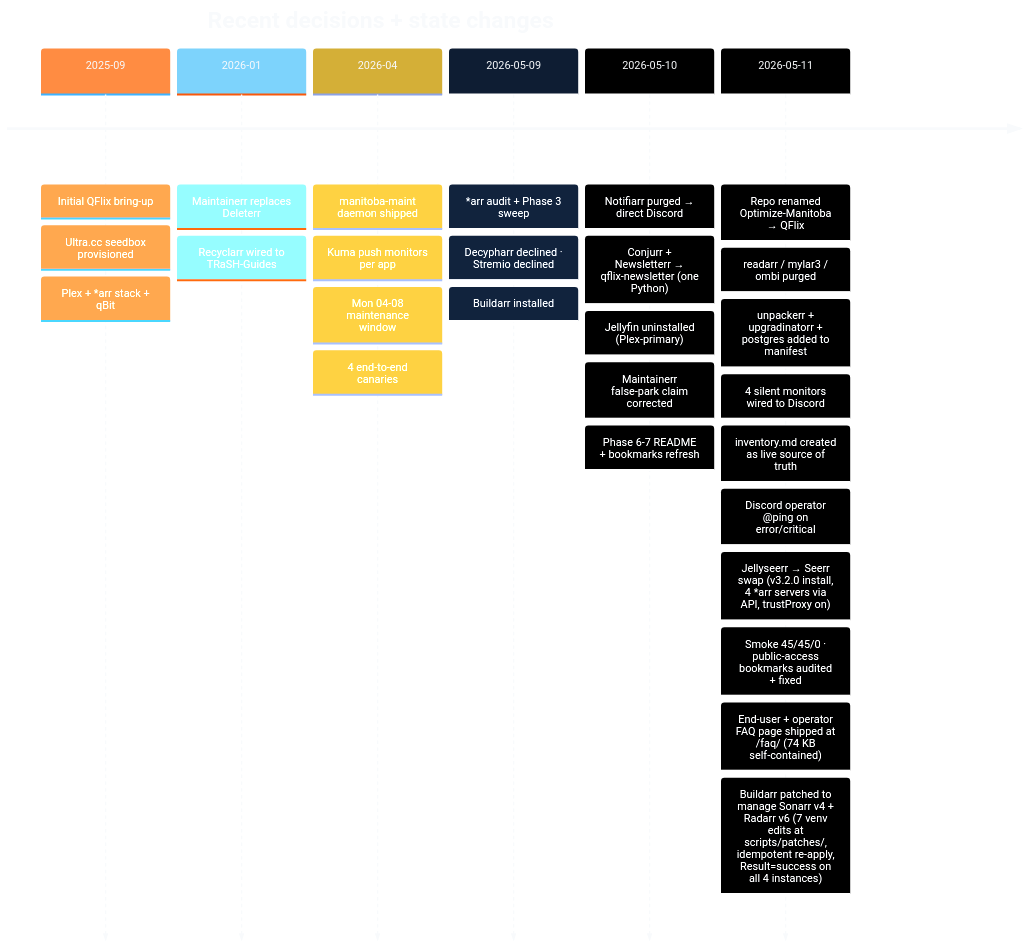
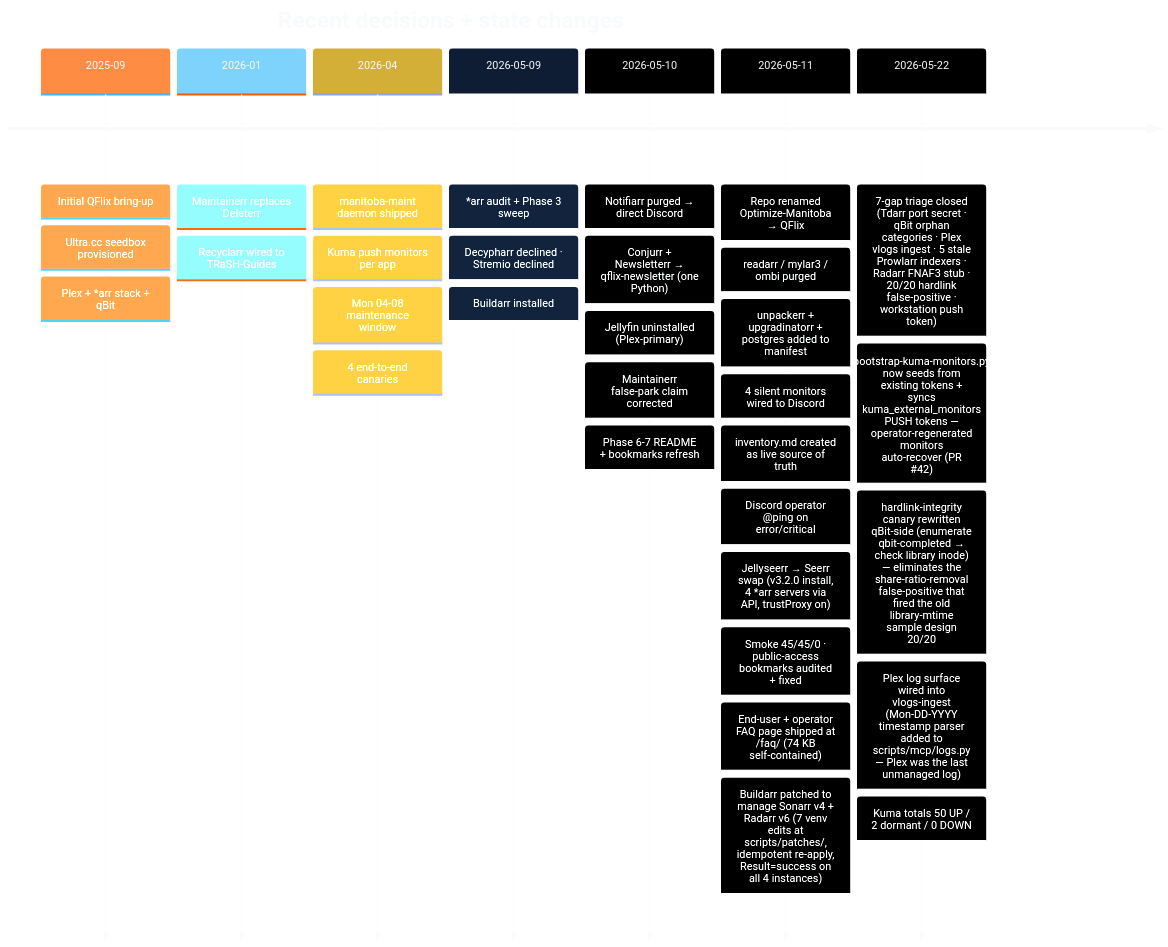
Before and after one commit to Quadstronaut/QFlix: the sixth of 6 diagrams in README.md, drawn with Mermaid. The commit also changed other lines of this file and 19 other files, not shown here.

````diff
--- a/README.md
+++ b/README.md
@@ -246,32 +246,37 @@
 ```mermaid
 %%{init: {'theme':'base','themeVariables':{'primaryColor':'#0e1d33','primaryTextColor':'#f8fafc','primaryBorderColor':'#ff8c42','lineColor':'#7dd3fc','secondaryColor':'#05101f','tertiaryColor':'#0a1628','cScale0':'#ff8c42','cScale1':'#7dd3fc','cScale2':'#d4af37','cScale3':'#0e1d33','fontFamily':'Segoe UI, Roboto, sans-serif'}}}%%
 timeline
   title Recent decisions + state changes
   2025-09 : Initial QFlix bring-up
           : Ultra.cc seedbox provisioned
           : Plex + *arr stack + qBit
   2026-01 : Maintainerr replaces Deleterr
           : Recyclarr wired to TRaSH-Guides
   2026-04 : manitoba-maint daemon shipped
           : Kuma push monitors per app
           : Mon 04-08 maintenance window
           : 4 end-to-end canaries
   2026-05-09 : *arr audit + Phase 3 sweep
             : Decypharr declined · Stremio declined
             : Buildarr installed
   2026-05-10 : Notifiarr purged → direct Discord
             : Conjurr + Newsletterr → qflix-newsletter (one Python)
             : Jellyfin uninstalled (Plex-primary)
             : Maintainerr false-park claim corrected
             : Phase 6-7 README + bookmarks refresh
   2026-05-11 : Repo renamed Optimize-Manitoba → QFlix
             : readarr / mylar3 / ombi purged
             : unpackerr + upgradinatorr + postgres added to manifest
             : 4 silent monitors wired to Discord
             : inventory.md created as live source of truth
             : Discord operator @ping on error/critical
             : Jellyseerr → Seerr swap (v3.2.0 install, 4 *arr servers via API, trustProxy on)
             : Smoke 45/45/0 · public-access bookmarks audited + fixed
             : End-user + operator FAQ page shipped at /faq/ (74 KB self-contained)
             : Buildarr patched to manage Sonarr v4 + Radarr v6 (7 venv edits at scripts/patches/, idempotent re-apply, Result=success on all 4 instances)
+  2026-05-22 : 7-gap triage closed (Tdarr port secret · qBit orphan categories · Plex vlogs ingest · 5 stale Prowlarr indexers · Radarr FNAF3 stub · 20/20 hardlink false-positive · workstation push token)
+            : bootstrap-kuma-monitors.py now seeds from existing tokens + syncs kuma_external_monitors PUSH tokens — operator-regenerated monitors auto-recover (PR #42)
+            : hardlink-integrity canary rewritten qBit-side (enumerate qbit-completed → check library inode) — eliminates the share-ratio-removal false-positive that fired the old library-mtime sample design 20/20
+            : Plex log surface wired into vlogs-ingest (Mon-DD-YYYY timestamp parser added to scripts/mcp/logs.py — Plex was the last unmanaged log)
+            : Kuma totals 50 UP / 2 dormant / 0 DOWN
 ```
````
